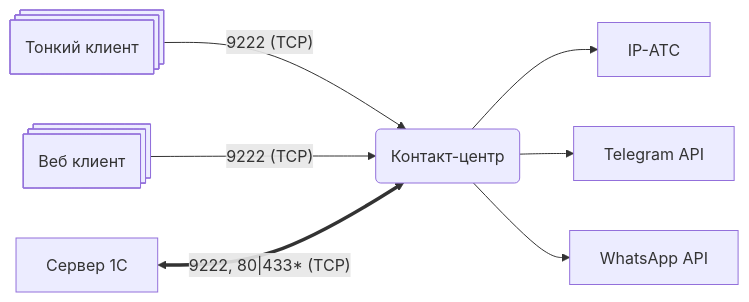
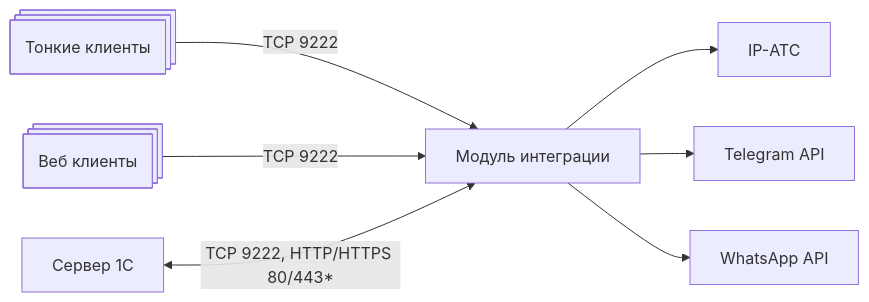
One commit to telefon1c/wiki-v5 changed the diagram in src/guides/architecture.md. Above: the diagram before and after it, drawn with Mermaid. The commit also changed other lines of this file and 25 other files, not shown here.

````diff
--- a/src/guides/architecture.md
+++ b/src/guides/architecture.md
@@ -21,11 +22,10 @@
 ```mermaid
 flowchart LR
-    Thin@{ shape: processes, label: "Тонкий клиент" } --> |"9222 (TCP)"| CC(Контакт-центр)
-    Web@{ shape: processes, label: "Веб клиент" } --> |"9222 (TCP)"| CC(Контакт-центр)
-    
-    Server[Сервер 1С] <==> |"9222, 80|433* (TCP)"| CC(Контакт-центр)
-    
-    CC --> C[IP-АТС]
-    CC --> D[Telegram API]
-    CC --> E[WhatsApp API]
+    Thin@{ shape: processes, label: "Тонкие клиенты" } --> |"TCP 9222"| CC[Модуль интеграции]
+    Web@{ shape: processes, label: "Веб клиенты" } --> |"TCP 9222"| CC
+    Server[Сервер 1С] <--> |"TCP 9222, HTTP/HTTPS 80/443*"| CC
+
+    CC --> PBX[IP-АТС]
+    CC --> TG[Telegram API]
+    CC --> WA[WhatsApp API]
 ```
````
